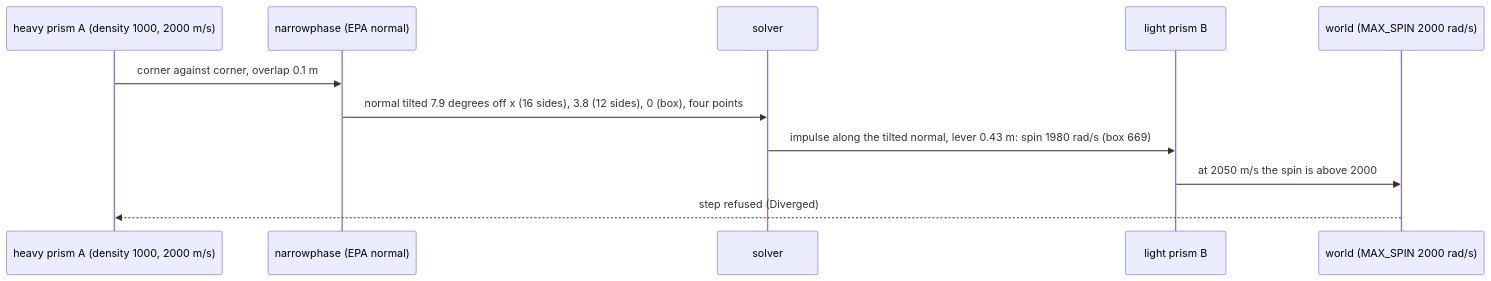
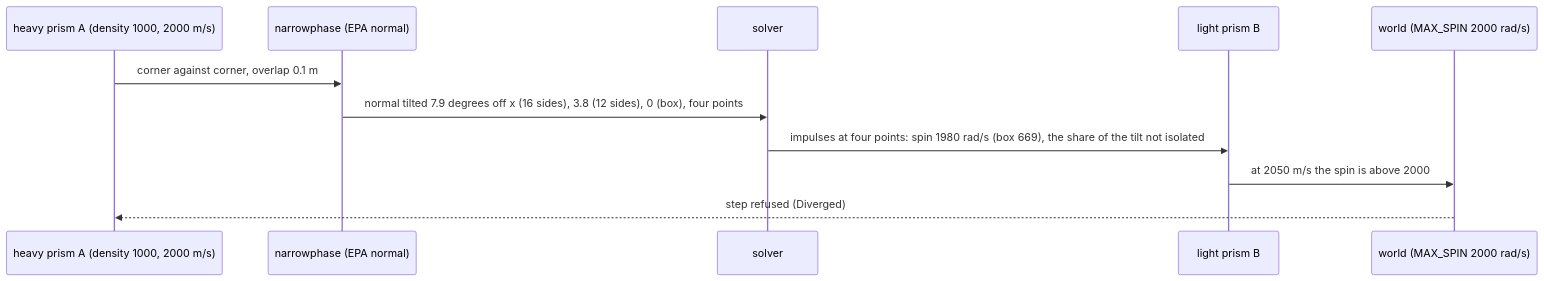
One commit to giamat90/DuckEngine changed the diagram in reviews/8-66.md. Above: the diagram before and after it, drawn with Mermaid. The commit also changed other lines of this file, not shown here.

````diff
--- a/reviews/8-66.md
+++ b/reviews/8-66.md
@@ -5,13 +5,13 @@
 ```mermaid
 sequenceDiagram
   participant H as heavy prism A (density 1000, 2000 m/s)
   participant N as narrowphase (EPA normal)
   participant S as solver
   participant L as light prism B
   participant W as world (MAX_SPIN 2000 rad/s)
   H->>N: corner against corner, overlap 0.1 m
   N->>S: normal tilted 7.9 degrees off x (16 sides), 3.8 (12 sides), 0 (box), four points
-  S->>L: impulse along the tilted normal, lever 0.43 m: spin 1980 rad/s (box 669)
+  S->>L: impulses at four points: spin 1980 rad/s (box 669), the share of the tilt not isolated
   L->>W: at 2050 m/s the spin is above 2000
   W-->>H: step refused (Diverged)
 ```
````
